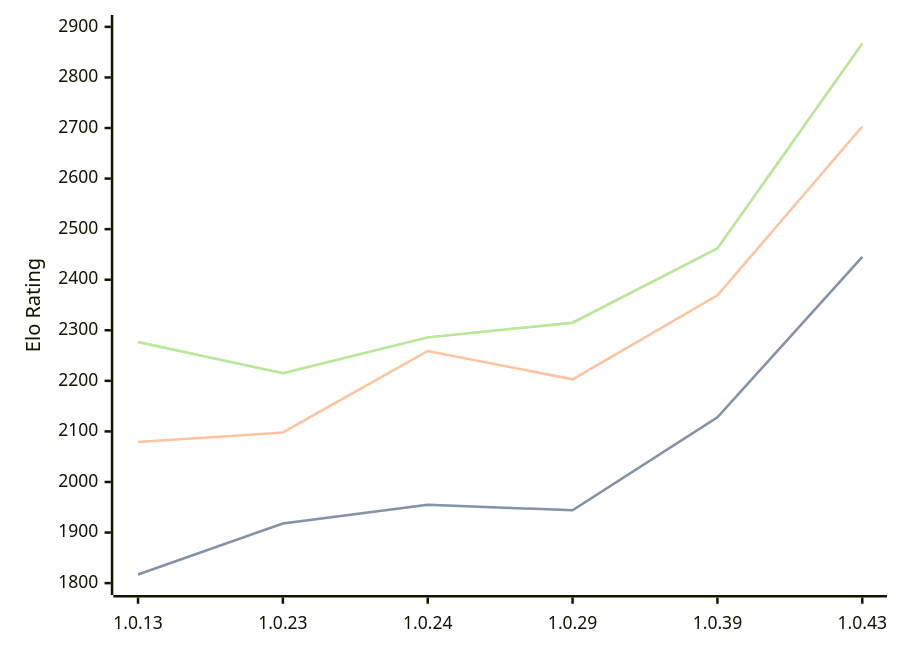
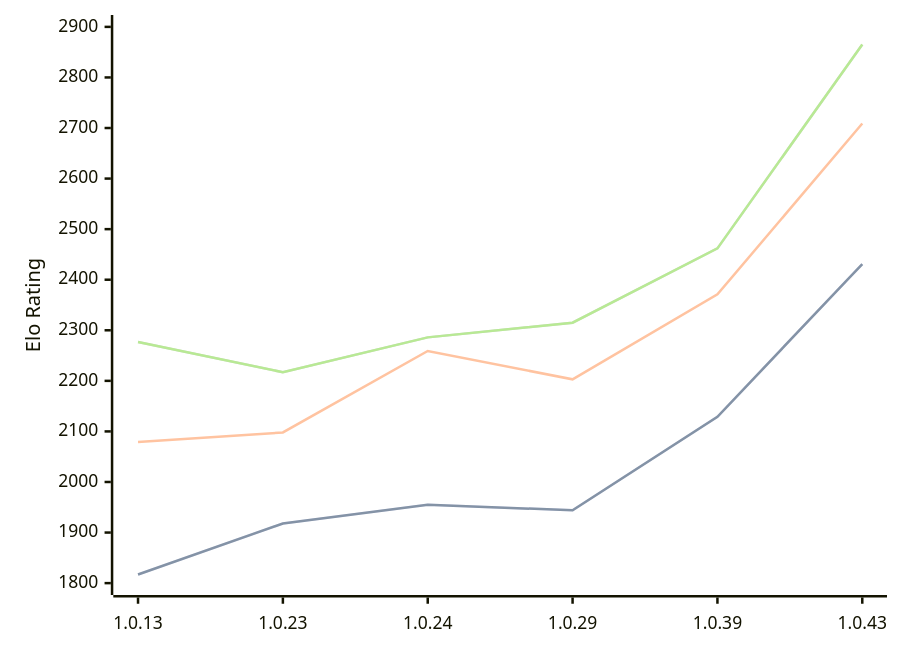
The diagram in engines/RustyRival.md (computer-chess-index/cci), drawn with Mermaid before and after one commit. The commit also changed other lines of this file, not shown here.

Commit message:
Update CCI Ratings (ELO VLTC) - 2026-05-03

````diff
--- a/engines/RustyRival.md
+++ b/engines/RustyRival.md
@@ -68,11 +68,11 @@
 ```mermaid
 %%{init: {"theme":"base","themeVariables":{"seriesColors:['#a3a3a3','#222221','#faa371']}}}%%
 xychart-beta
   x-axis ["1.0.13", "1.0.23", "1.0.24", "1.0.29", "1.0.39", "1.0.43"]
   y-axis "Elo Rating" 1800 --> 2900
-  line "STC (8.0+0.08s)" [1817, 1918, 1955, 1944, 2128, 2445]
-  line "STC (8.0+0.08s)" [1817, 1918, 1955, 1944, 2128, 2445]
-  line "LTC (60.0+0.60s)" [2079, 2098, 2259, 2203, 2369, 2703]
-  line "VLTC (2m24s+1.12s)" [2277, 2215, 2286, 2315, 2462, 2867]
-  line "VLTC (2m24s+1.12s)" [2277, 2215, 2286, 2315, 2462, 2867]
+  line "STC (8.0+0.08s)" [1817, 1918, 1955, 1944, 2129, 2431]
+  line "STC (8.0+0.08s)" [1817, 1918, 1955, 1944, 2129, 2431]
+  line "LTC (60.0+0.60s)" [2079, 2098, 2259, 2203, 2371, 2709]
+  line "VLTC (2m24s+1.12s)" [2277, 2217, 2286, 2315, 2462, 2865]
+  line "VLTC (2m24s+1.12s)" [2277, 2217, 2286, 2315, 2462, 2865]
 ```
````
